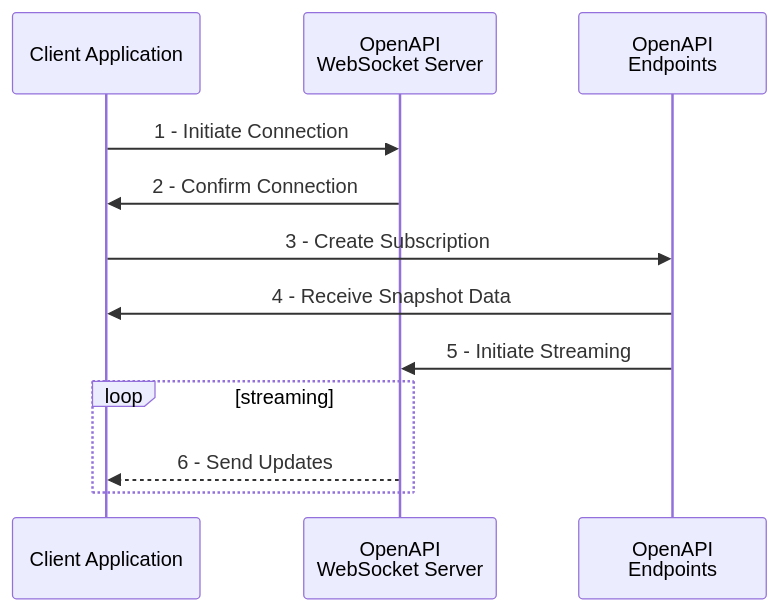
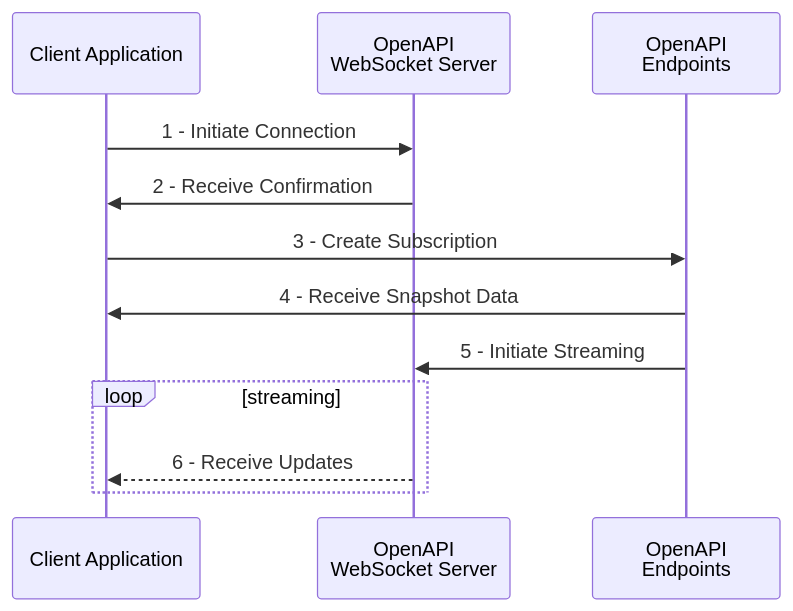
One commit to gidven/saxo-openapi-guide changed the diagram in docs/basics/fundamental-programming-concepts/websocket-streaming.md. Above: the diagram before and after it, drawn with Mermaid. The commit also changed other lines of this file, not shown here.

````diff
--- a/docs/basics/fundamental-programming-concepts/websocket-streaming.md
+++ b/docs/basics/fundamental-programming-concepts/websocket-streaming.md
@@ -12,16 +14,16 @@
 ```mermaid
 sequenceDiagram
     participant C as Client Application
     participant S as OpenAPI <br> WebSocket Server
     participant O as OpenAPI <br> Endpoints
 
     C->>S: 1 - Initiate Connection
-    S->>C: 2 - Confirm Connection
+    S->>C: 2 - Receive Confirmation
     C->>O: 3 - Create Subscription
     O->>C: 4 - Receive Snapshot Data
     O->>S: 5 - Initiate Streaming
 
     loop streaming
-        S-->>C: 6 - Send Updates
+        S-->>C: 6 - Receive Updates
     end
 ```
````
